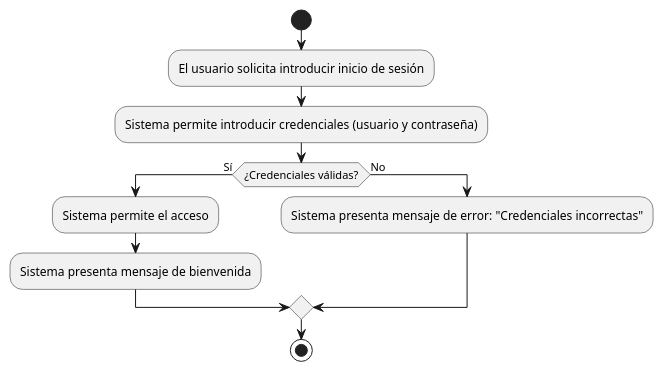
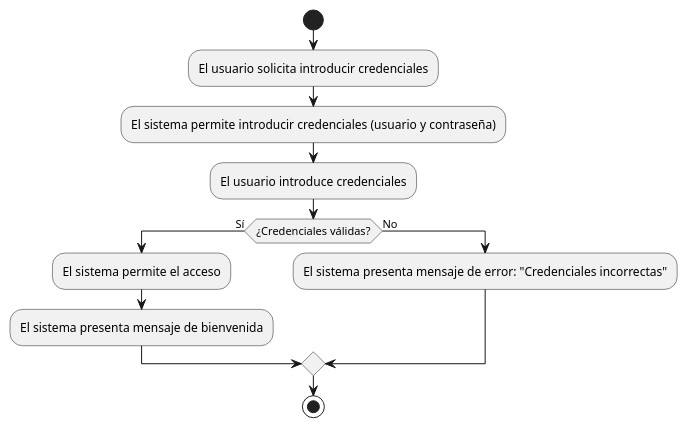
Before and after one commit to mmasias/24-25-IdSw1-SDR: the diagram in casosDeUso/plantUML/IniciarSesión.puml, drawn with PlantUML. The commit also changed 27 other files, not shown here.

Commit message:
Cambios a casos de uso y diagramas, cambios a Prototipos

```diff
--- a/casosDeUso/plantUML/IniciarSesión.puml
+++ b/casosDeUso/plantUML/IniciarSesión.puml
@@ -1,12 +1,13 @@
 @startuml
 start
-:El usuario solicita introducir inicio de sesión;
-:Sistema permite introducir credenciales (usuario y contraseña);
+:El usuario solicita introducir credenciales;
+:El sistema permite introducir credenciales (usuario y contraseña);
+:El usuario introduce credenciales;
 if (¿Credenciales válidas?) then (Sí)
-  :Sistema permite el acceso;
-  :Sistema presenta mensaje de bienvenida;
+  :El sistema permite el acceso;
+  :El sistema presenta mensaje de bienvenida;
 else (No)
-  :Sistema presenta mensaje de error: "Credenciales incorrectas";
+  :El sistema presenta mensaje de error: "Credenciales incorrectas";
 endif
 stop
 @enduml
```
